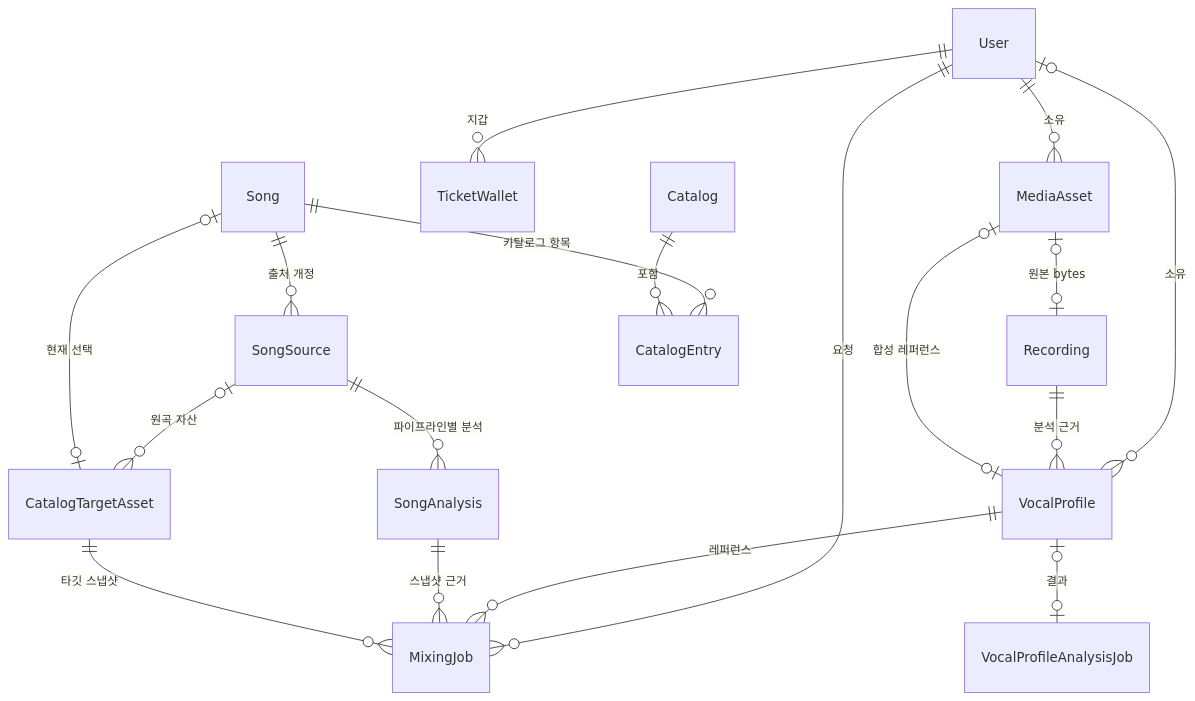
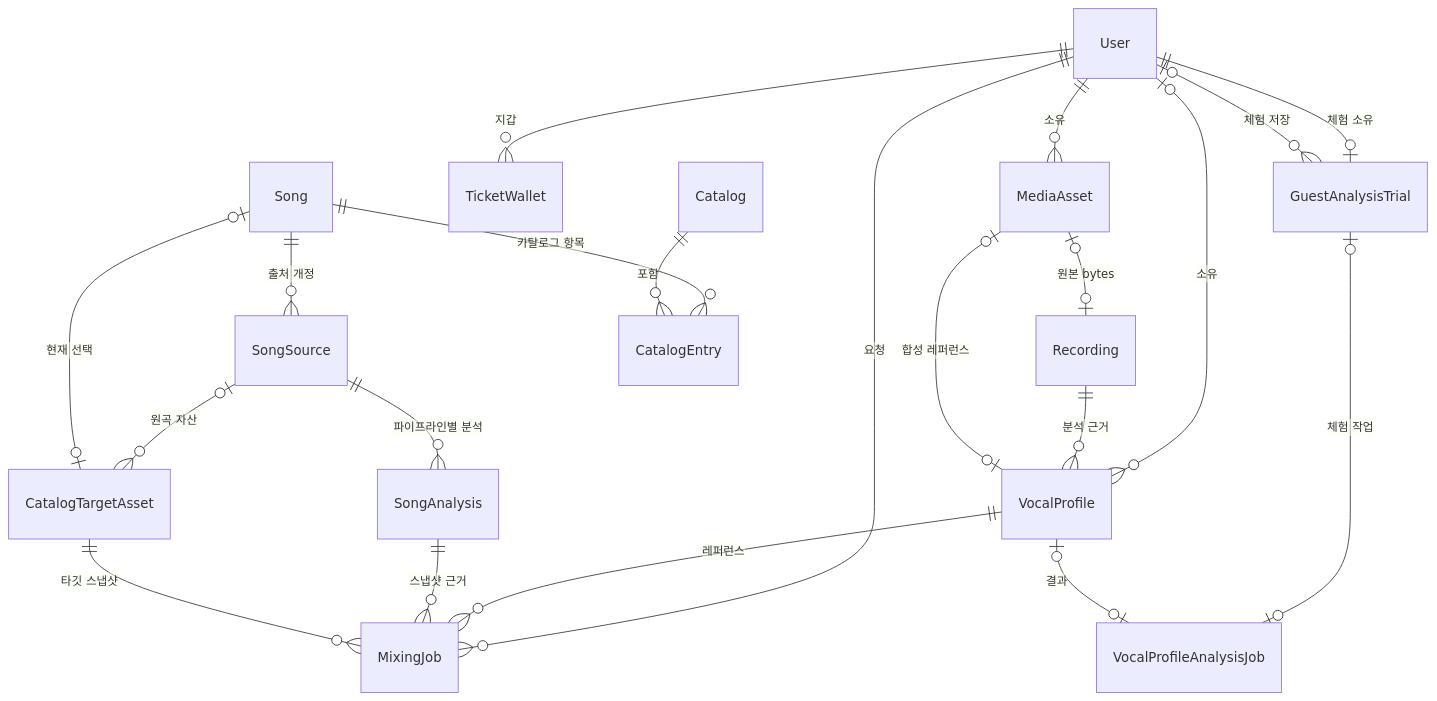
The diagram in openwiki/architecture/data-model.md (leey00nsu/copy-singer), drawn with Mermaid before and after one commit. The commit also changed other lines of this file and 55 other files, not shown here.

````diff
--- a/openwiki/architecture/data-model.md
+++ b/openwiki/architecture/data-model.md
@@ -113,20 +135,23 @@
 ```mermaid
 erDiagram
   User |o--o{ VocalProfile : "소유"
   User ||--o{ MixingJob : "요청"
   User ||--o{ MediaAsset : "소유"
   User ||--o{ TicketWallet : "지갑"
+  User ||--o| GuestAnalysisTrial : "체험 소유"
+  User |o--o{ GuestAnalysisTrial : "체험 저장"
+  GuestAnalysisTrial |o--o| VocalProfileAnalysisJob : "체험 작업"
   Recording ||--o{ VocalProfile : "분석 근거"
   MediaAsset |o--o| Recording : "원본 bytes"
   MediaAsset |o--o| VocalProfile : "합성 레퍼런스"
   VocalProfile ||--o{ MixingJob : "레퍼런스"
   VocalProfile |o--o| VocalProfileAnalysisJob : "결과"
   Song ||--o{ SongSource : "출처 개정"
   Song ||--o{ CatalogEntry : "카탈로그 항목"
   Catalog ||--o{ CatalogEntry : "포함"
   SongSource ||--o{ SongAnalysis : "파이프라인별 분석"
   SongSource |o--o{ CatalogTargetAsset : "원곡 자산"
   SongAnalysis ||--o{ MixingJob : "스냅샷 근거"
   Song |o--o| CatalogTargetAsset : "현재 선택"
   CatalogTargetAsset ||--o{ MixingJob : "타깃 스냅샷"
 ```
````
